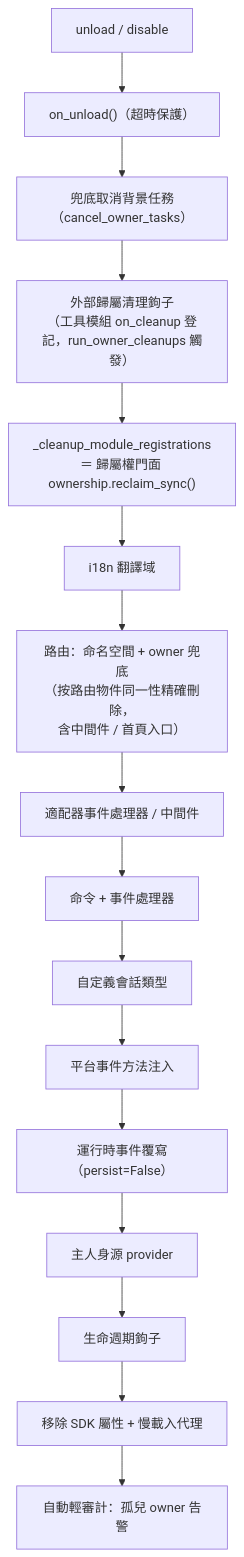
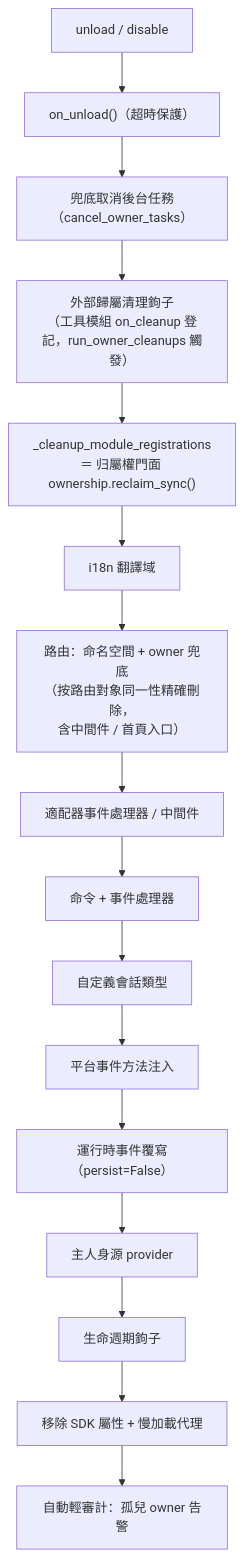
Before and after one commit to ErisPulse/ErisPulse: the diagram in docs/zh-TW/advanced/ownership.md, drawn with Mermaid. The commit also changed other lines of this file and 331 other files, not shown here.

````diff
--- a/docs/zh-TW/advanced/ownership.md
+++ b/docs/zh-TW/advanced/ownership.md
@@ -92,18 +93,18 @@
 ```mermaid
 flowchart TD
     A["unload / disable"] --> B["on_unload()（超時保護）"]
-    B --> C["兜底取消背景任務（cancel_owner_tasks）"]
+    B --> C["兜底取消後台任務（cancel_owner_tasks）"]
     C --> C1["外部歸屬清理鉤子<br/>（工具模組 on_cleanup 登記，run_owner_cleanups 觸發）"]
-    C1 --> D["_cleanup_module_registrations<br/>＝ 歸屬權門面 ownership.reclaim_sync()"]
+    C1 --> D["_cleanup_module_registrations<br/>＝ 归屬權門面 ownership.reclaim_sync()"]
     D --> D1["i18n 翻譯域"]
-    D1 --> D2["路由：命名空間 + owner 兜底<br/>（按路由物件同一性精確刪除，<br/>含中間件 / 首頁入口）"]
+    D1 --> D2["路由：命名空間 + owner 兜底<br/>（按路由對象同一性精確刪除，<br/>含中間件 / 首頁入口）"]
     D2 --> D3["適配器事件處理器 / 中間件"]
     D3 --> D4["命令 + 事件處理器"]
     D4 --> D5["自定義會話類型"]
     D5 --> D5b["平台事件方法注入"]
     D5b --> D6["運行時事件覆寫（persist=False）"]
     D6 --> D7["主人身源 provider"]
     D7 --> D8["生命週期鉤子"]
-    D8 --> E["移除 SDK 屬性 + 慢載入代理"]
+    D8 --> E["移除 SDK 屬性 + 慢加載代理"]
     E --> F["自動輕審計：孤兒 owner 告警"]
 ```
````
